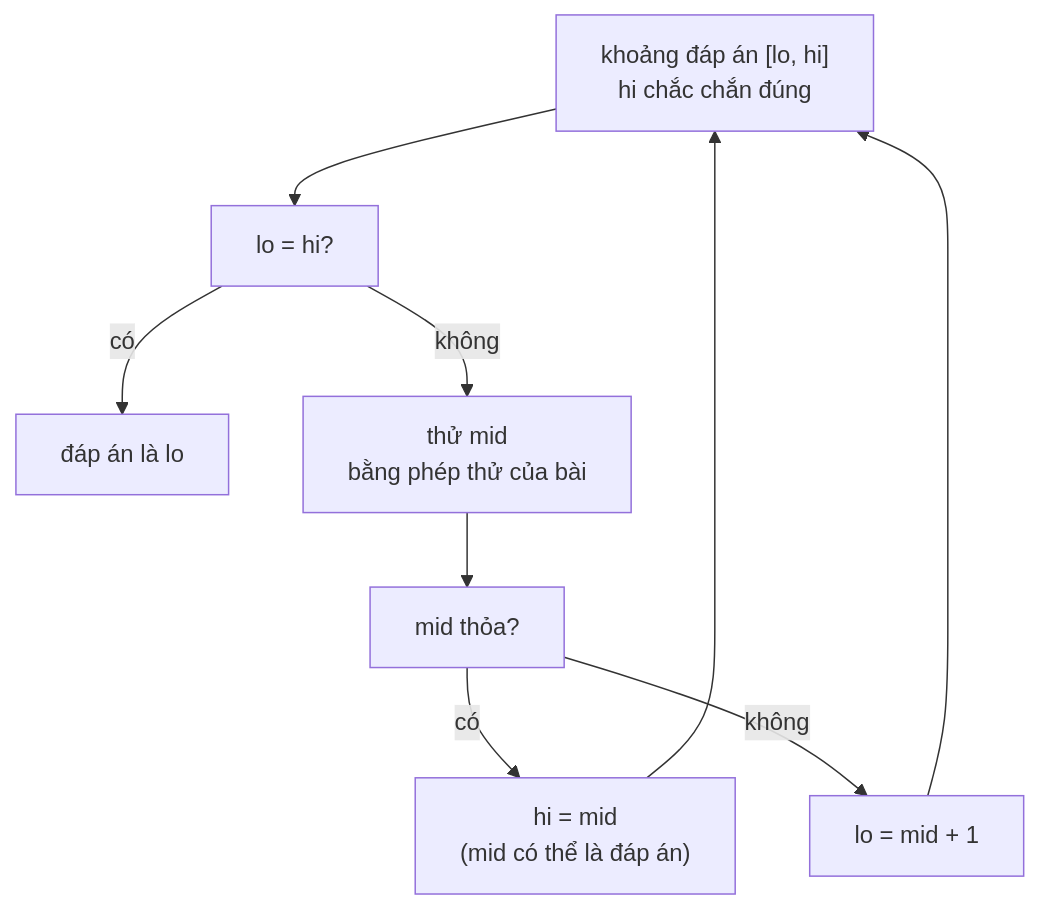
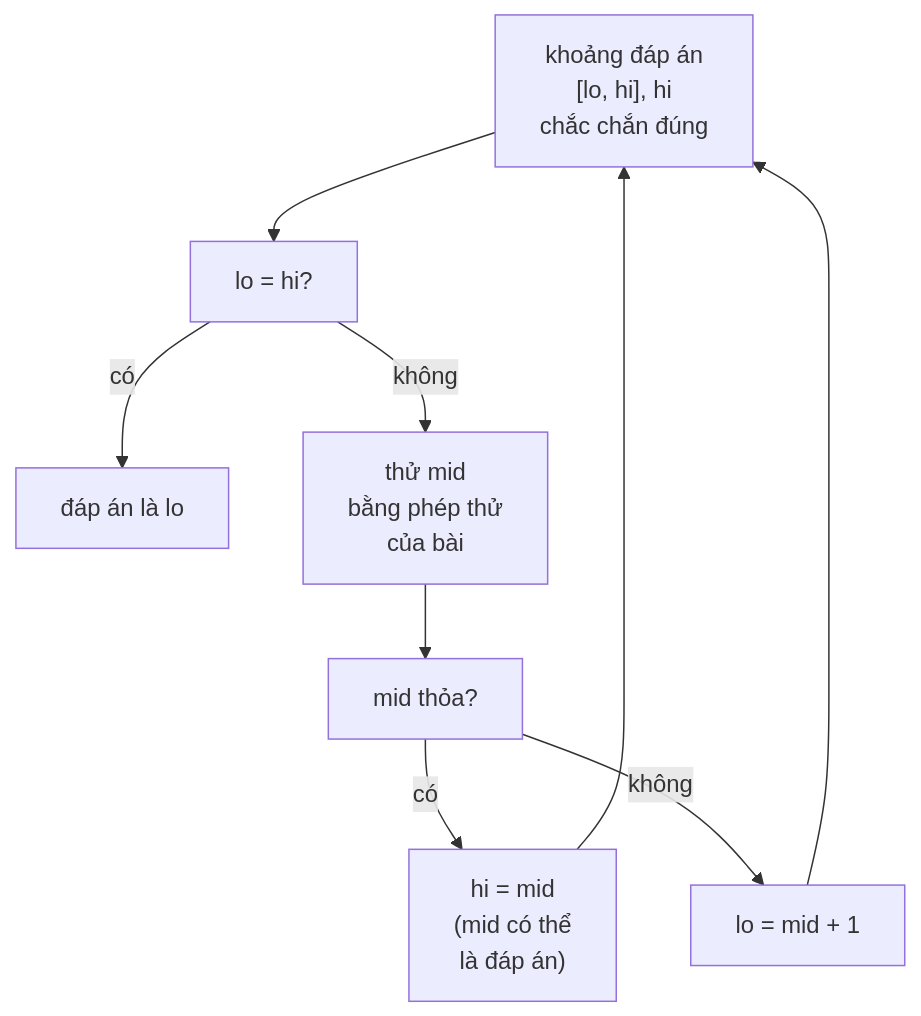
One commit to duongbui234/software-engineering-atlas changed the diagram in content/posts/2026-11-23-neetcode-binary-search-answer.md. Above: the diagram before and after it, drawn with Mermaid. The commit also changed 134 other files, not shown here.

First line of the commit message:
Fit every Mermaid diagram at 390px without sideways scroll (#56)

````diff
--- a/content/posts/2026-11-23-neetcode-binary-search-answer.md
+++ b/content/posts/2026-11-23-neetcode-binary-search-answer.md
@@ -45,11 +45,11 @@
 ```mermaid
 flowchart TB
-  A["khoảng đáp án [lo, hi]<br/>hi chắc chắn đúng"] --> B["lo = hi?"]
+  A["khoảng đáp án<br/>[lo, hi], hi<br/>chắc chắn đúng"] --> B["lo = hi?"]
   B -->|"có"| X["đáp án là lo"]
-  B -->|"không"| C["thử mid<br/>bằng phép thử của bài"]
+  B -->|"không"| C["thử mid<br/>bằng phép thử<br/>của bài"]
   C --> D["mid thỏa?"]
-  D -->|"có"| E["hi = mid<br/>(mid có thể là đáp án)"]
+  D -->|"có"| E["hi = mid<br/>(mid có thể<br/>là đáp án)"]
   D -->|"không"| F["lo = mid + 1"]
   E --> A
   F --> A
 ```
````
